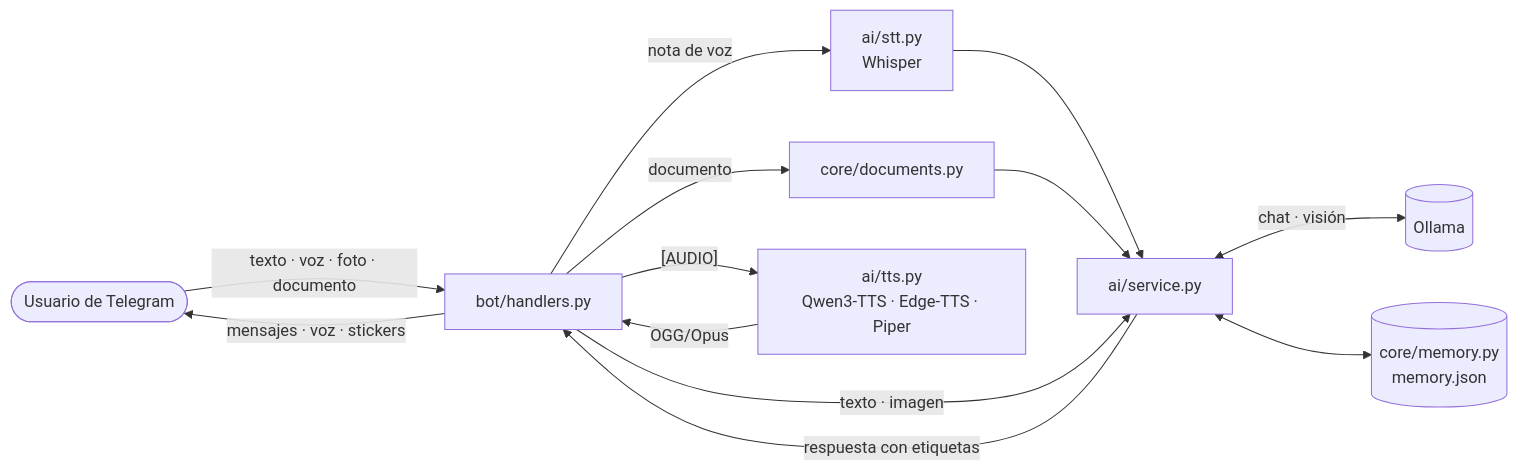
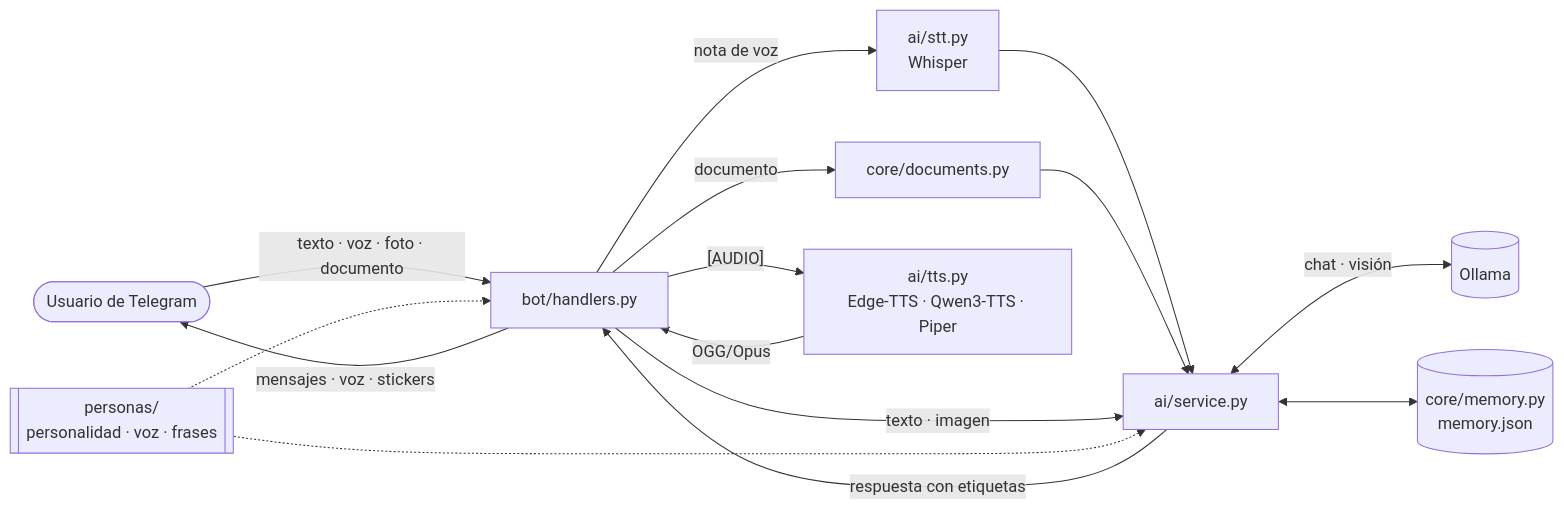
One commit to Nekimu/PROJECT-MEKA changed the diagram in README.md. Above: the diagram before and after it, drawn with Mermaid. The commit also changed other lines of this file and 31 other files, not shown here.

````diff
--- a/README.md
+++ b/README.md
@@ -198,15 +225,17 @@
 ```mermaid
 flowchart LR
     U([Usuario de Telegram]) -->|texto · voz · foto · documento| H[bot/handlers.py]
     H -->|nota de voz| STT[ai/stt.py<br/>Whisper]
     H -->|documento| DOC[core/documents.py]
     STT --> AI
     DOC --> AI
     H -->|texto · imagen| AI[ai/service.py]
+    P[[personas/<id><br/>personalidad · voz · frases]] -.-> AI
+    P -.-> H
     AI <-->|chat · visión| OL[(Ollama)]
     AI <--> MEM[(core/memory.py<br/>memory.json)]
     AI -->|respuesta con etiquetas| H
-    H -->|"[AUDIO]"| TTS[ai/tts.py<br/>Qwen3-TTS · Edge-TTS · Piper]
+    H -->|"[AUDIO]"| TTS[ai/tts.py<br/>Edge-TTS · Qwen3-TTS · Piper]
     TTS -->|OGG/Opus| H
     H -->|mensajes · voz · stickers| U
 ```
````
